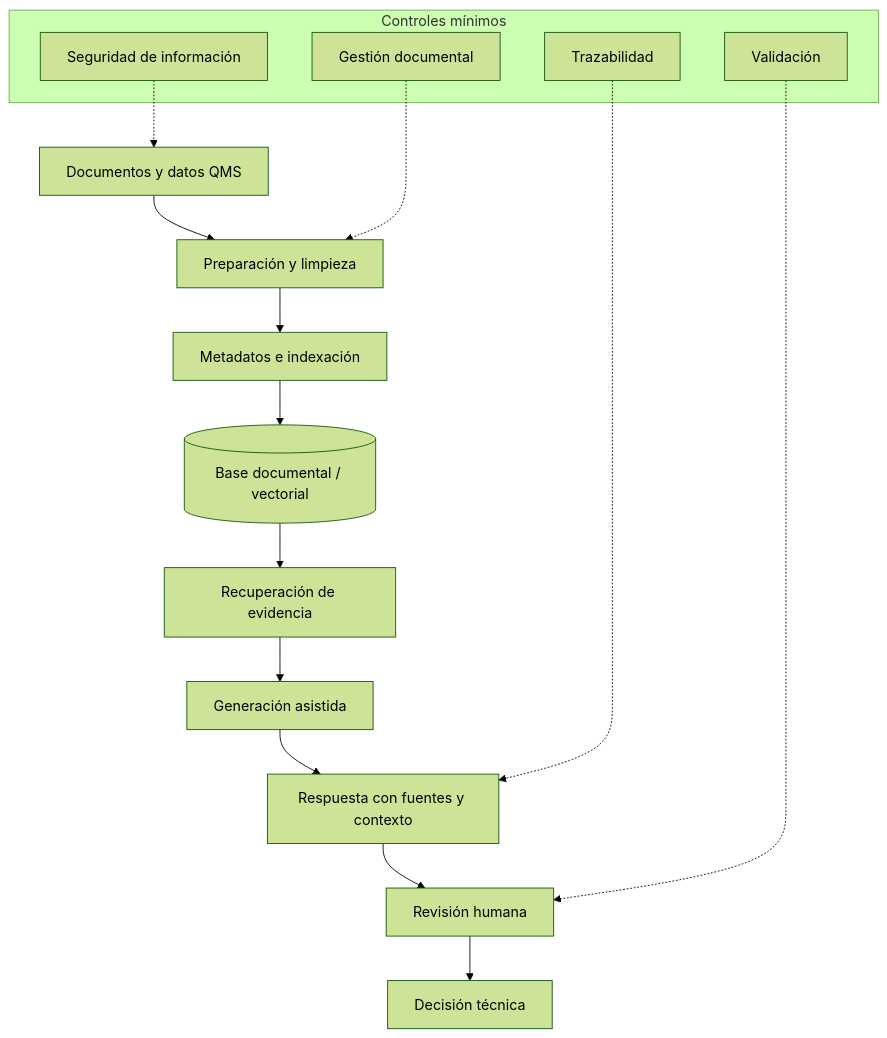
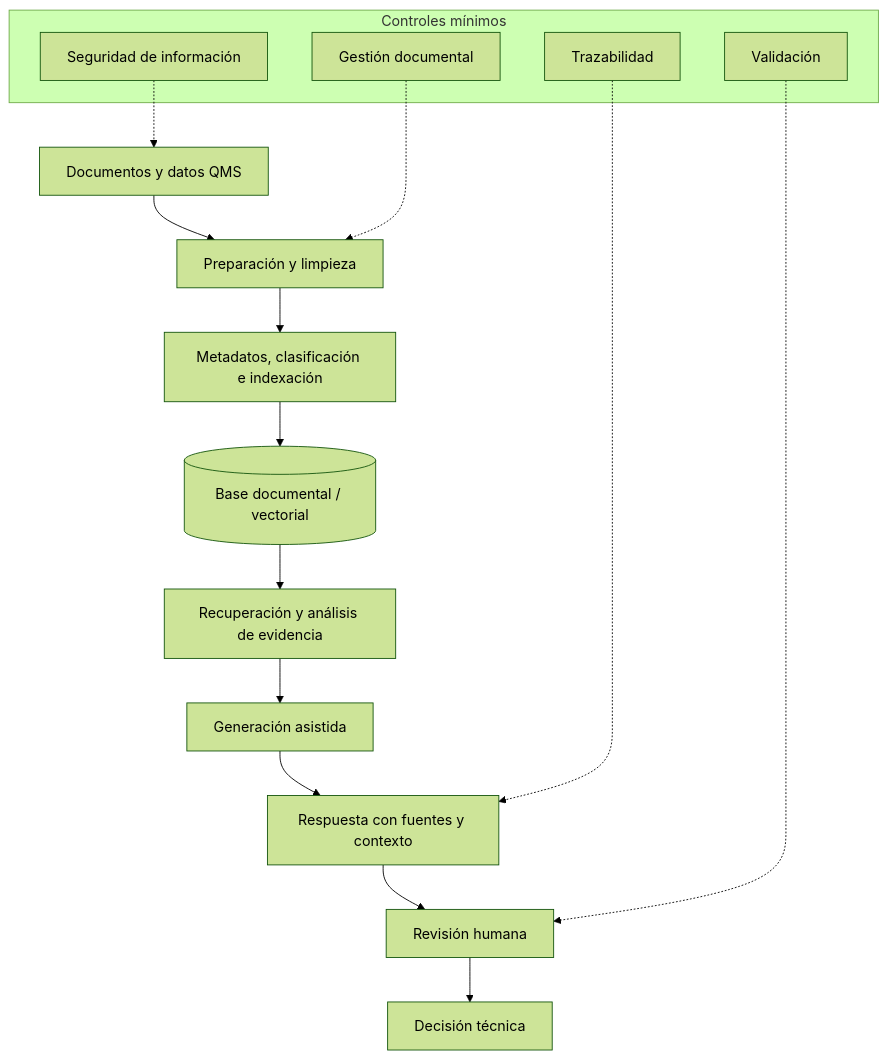
The second of 2 diagrams in README.md (fjgonzalezmgt/QMS-Intelligence-AI-for-Quality), drawn with Mermaid (forest theme) before and after one commit. The commit also changed other lines of this file, not shown here.

````diff
--- a/README.md
+++ b/README.md
@@ -51,23 +53,23 @@
 ```mermaid
 flowchart TD
     A[Documentos y datos QMS] --> B[Preparación y limpieza]
-    B --> C[Metadatos e indexación]
+    B --> C[Metadatos, clasificación e indexación]
     C --> D[(Base documental / vectorial)]
-    D --> E[Recuperación de evidencia]
+    D --> E[Recuperación y análisis de evidencia]
     E --> F[Generación asistida]
     F --> G[Respuesta con fuentes y contexto]
     G --> H[Revisión humana]
     H --> I[Decisión técnica]
 
     subgraph Controles mínimos
         J[Trazabilidad]
         K[Gestión documental]
         L[Seguridad de información]
         M[Validación]
     end
 
     J -.-> G
     K -.-> B
     L -.-> A
     M -.-> H
 ```
````
